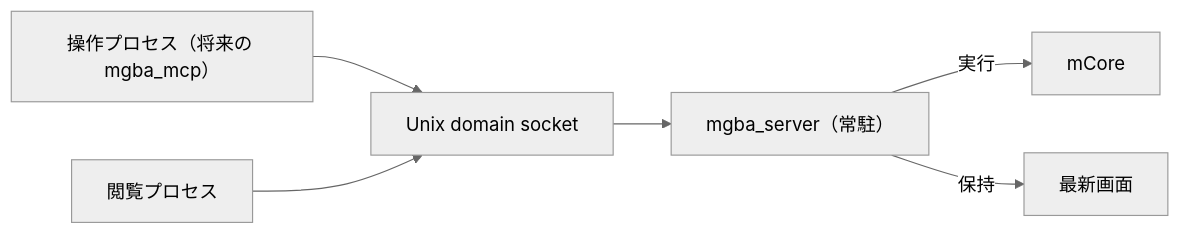
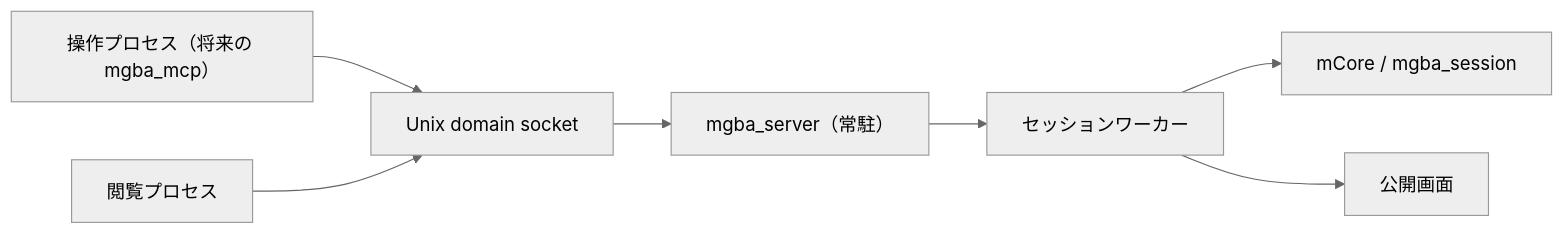
One commit to Enchan1207/mgba_mcp changed the first of 2 diagrams in docs/design/feature/261110_#1_セッションサーバ設計.md. Above: the diagram before and after it, drawn with Mermaid (neutral theme). The commit also changed other lines of this file, not shown here.

````diff
--- a/docs/design/feature/261110_#1_セッションサーバ設計.md
+++ b/docs/design/feature/261110_#1_セッションサーバ設計.md
@@ -13,8 +13,9 @@
 ```mermaid
 flowchart LR
     controller["操作プロセス（将来の mgba_mcp）"] --> socket["Unix domain socket"]
     viewer["閲覧プロセス"] --> socket
     socket --> server["mgba_server（常駐）"]
-    server -->|実行| core["mCore"]
-    server -->|保持| frame["最新画面"]
+    server --> worker["セッションワーカー"]
+    worker --> core["mCore / mgba_session"]
+    worker --> frame["公開画面"]
 ```
````
